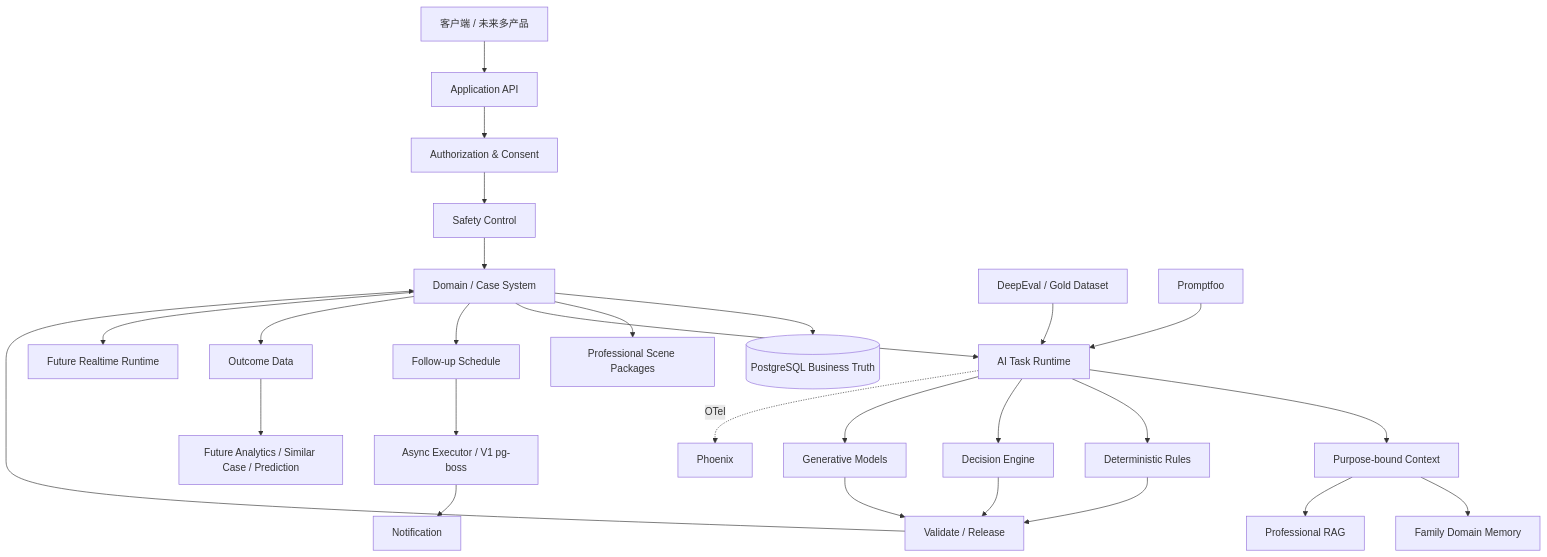
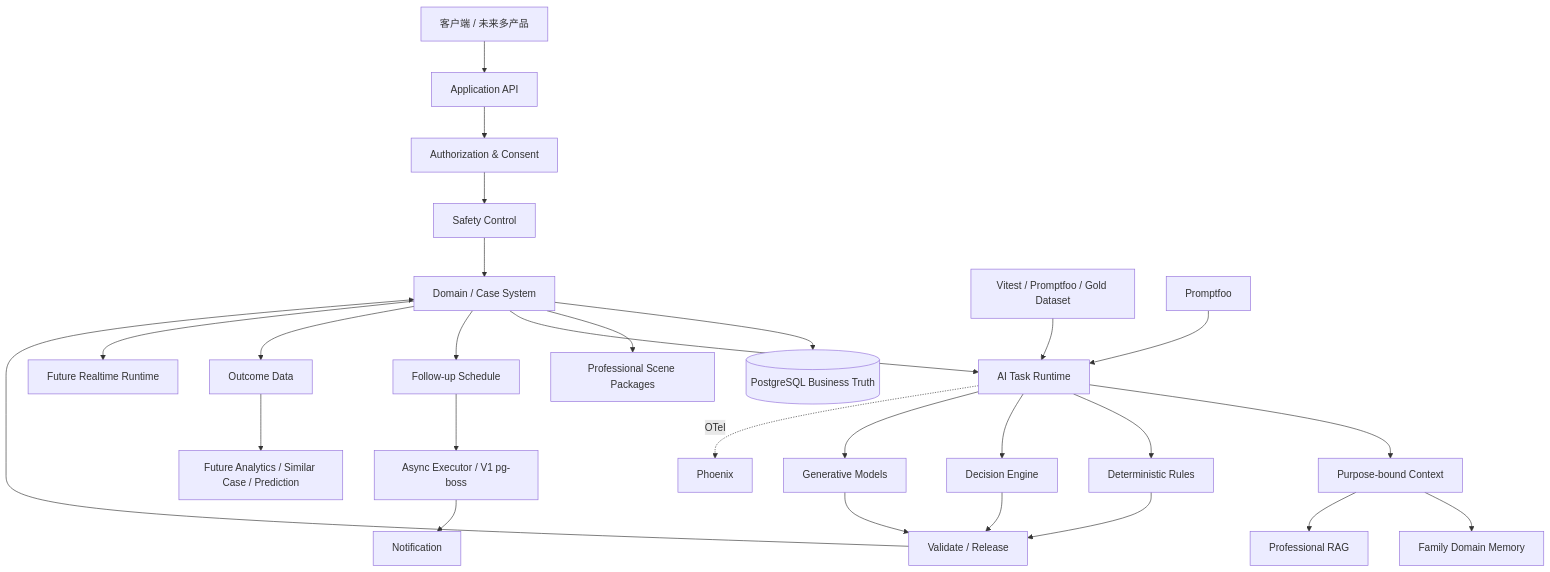
The diagram in Docs/总体技术架构.md (pyxm1618/xiaoshuyin), drawn with Mermaid before and after one commit. The commit also changed other lines of this file and 1 other file, not shown here.

````diff
--- a/Docs/总体技术架构.md
+++ b/Docs/总体技术架构.md
@@ -881,37 +932,37 @@
 ```mermaid
 flowchart TB
     CLIENT[客户端 / 未来多产品] --> API[Application API]
     API --> AUTH[Authorization & Consent]
     AUTH --> SAFE[Safety Control]
     SAFE --> DOMAIN[Domain / Case System]
 
     DOMAIN --> PG[(PostgreSQL Business Truth)]
     DOMAIN --> SCENE[Professional Scene Packages]
     DOMAIN --> AITASK[AI Task Runtime]
 
     AITASK --> CTX[Purpose-bound Context]
     CTX --> MEMORY[Family Domain Memory]
     CTX --> RAG[Professional RAG]
 
     AITASK --> RULES[Deterministic Rules]
     AITASK --> DECISION[Decision Engine]
     AITASK --> GEN[Generative Models]
 
     RULES --> VALIDATE[Validate / Release]
     DECISION --> VALIDATE
     GEN --> VALIDATE
     VALIDATE --> DOMAIN
 
     DOMAIN --> SCHEDULE[Follow-up Schedule]
     SCHEDULE --> ASYNC[Async Executor / V1 pg-boss]
     ASYNC --> NOTIFY[Notification]
 
     DOMAIN --> OUTCOME[Outcome Data]
     OUTCOME --> ANALYTICS[Future Analytics / Similar Case / Prediction]
 
     DOMAIN --> REALTIME[Future Realtime Runtime]
 
     AITASK -.OTel.-> PHOENIX[Phoenix]
-    EVAL[DeepEval / Gold Dataset] --> AITASK
+    EVAL[Vitest / Promptfoo / Gold Dataset] --> AITASK
     REDTEAM[Promptfoo] --> AITASK
 ```
````
